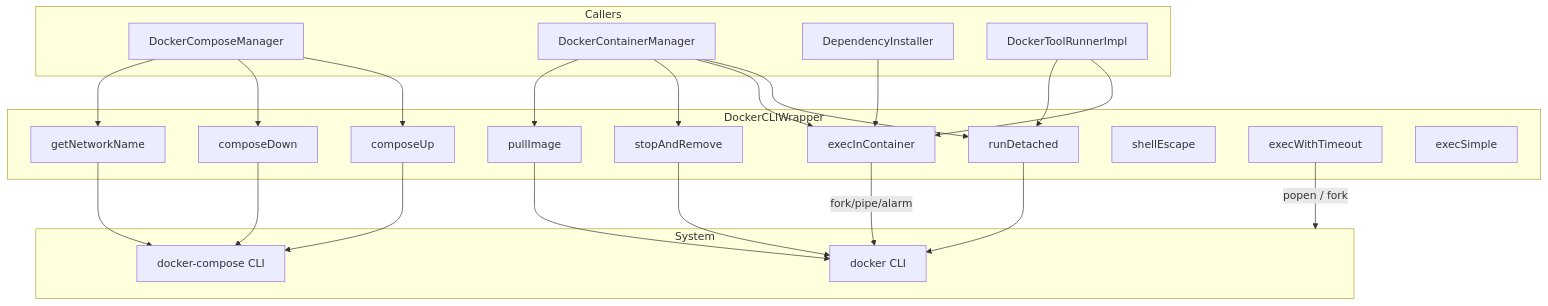
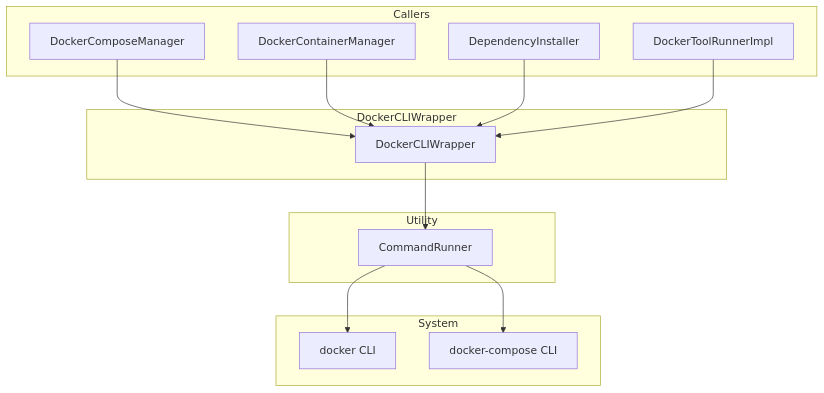
The first of 2 diagrams in src/docker/docker_cli_wrapper.spec.md (opensassi/a0), drawn with Mermaid before and after one commit. The commit also changed other lines of this file and 40 other files, not shown here.

Commit message:
2026-05-29-skills-persistence-command-runner-18e71a0dbffe4Aco1VAu5qiYN7

````diff
--- a/src/docker/docker_cli_wrapper.spec.md
+++ b/src/docker/docker_cli_wrapper.spec.md
@@ -84,40 +64,30 @@
 ```mermaid
 graph TB
     subgraph Callers
         CM[DockerComposeManager]
         CT[DockerContainerManager]
         DI[DependencyInstaller]
         TR[DockerToolRunnerImpl]
     end
 
     subgraph DockerCLIWrapper
-        RD[runDetached]
-        EC[execInContainer]
-        SR[stopAndRemove]
-        PI[pullImage]
-        CU[composeUp]
-        CD[composeDown]
-        GN[getNetworkName]
-        SE[shellEscape]
-        EW[execWithTimeout]
-        ES[execSimple]
+        DCW[DockerCLIWrapper]
+    end
+
+    subgraph Utility
+        CR[CommandRunner]
     end
 
     subgraph System
         DOCKER[docker CLI]
         DC[docker-compose CLI]
     end
 
-    CM --> CU & CD & GN
-    CT --> RD & EC & SR & PI
-    DI --> EC
-    TR --> EC & RD
-    RD --> DOCKER
-    EC -->|fork/pipe/alarm| DOCKER
-    SR --> DOCKER
-    PI --> DOCKER
-    CU --> DC
-    CD --> DC
-    GN --> DC
-    EW -->|popen / fork| System
+    CM --> DCW
+    CT --> DCW
+    DI --> DCW
+    TR --> DCW
+    DCW --> CR
+    CR --> DOCKER
+    CR --> DC
 ```
````
